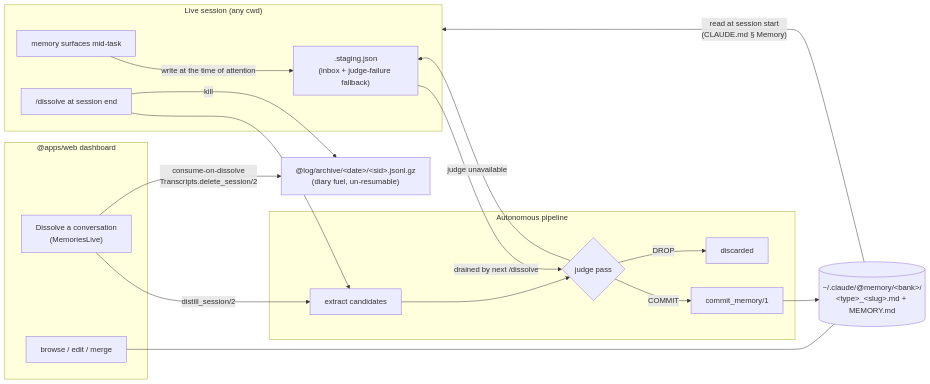
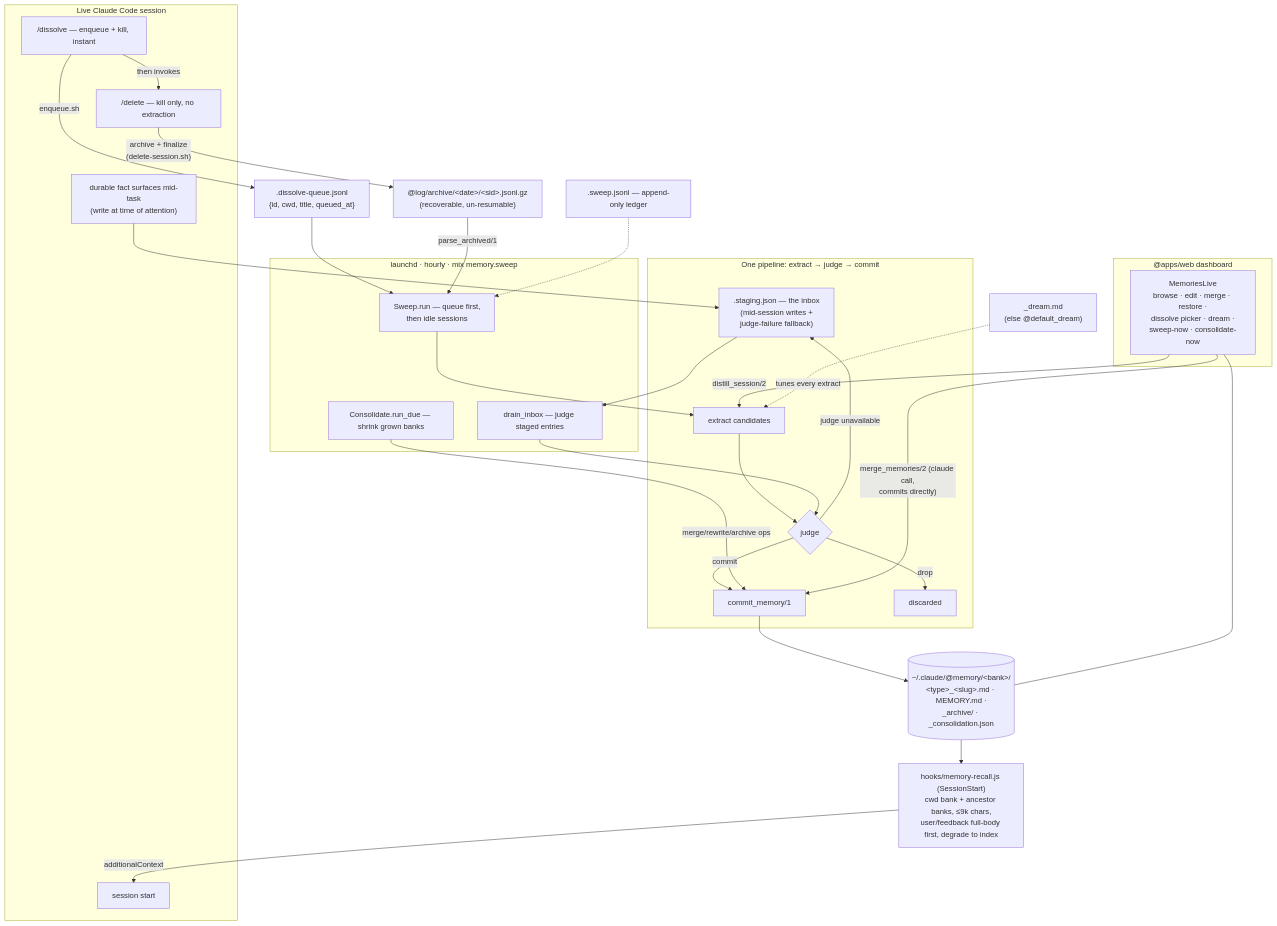
One commit to jgeschwendt/.claude changed the first of 8 diagrams in @apps/web/lib/core/memory.md. Above: the diagram before and after it, drawn with Mermaid. The commit also changed other lines of this file and 23 other files, not shown here.

````diff
--- a/@apps/web/lib/core/memory.md
+++ b/@apps/web/lib/core/memory.md
@@ -11,32 +13,54 @@
 ```mermaid
-flowchart LR
-    subgraph session["Live session (any cwd)"]
-        A[memory surfaces mid-task] -->|write at the time of attention| STG
-        K["/dissolve at session end"]
+flowchart TB
+    subgraph session["Live Claude Code session"]
+        SS[session start]
+        MID["durable fact surfaces mid-task<br/>(write at time of attention)"]
+        DIS["/dissolve — enqueue + kill, instant"]
+        DEL["/delete — kill only, no extraction"]
     end
 
-    subgraph web["@apps/web dashboard"]
-        UI["Dissolve a conversation<br/>(MemoriesLive)"]
-        VIEW["browse / edit / merge"]
-    end
+    HOOK["hooks/memory-recall.js (SessionStart)<br/>cwd bank + ancestor banks, ≤9k chars,<br/>user/feedback full-body first, degrade to index"]
+    HOOK -->|additionalContext| SS
 
-    STG[".staging.json<br/>(inbox + judge-failure fallback)"]
+    STG[".staging.json — the inbox<br/>(mid-session writes +<br/>judge-failure fallback)"]
+    MID --> STG
 
-    subgraph pipe["Autonomous pipeline"]
-        X[extract candidates] --> J{judge pass}
-        J -->|COMMIT| C["commit_memory/1"]
-        J -->|DROP| D[discarded]
+    Q[".dissolve-queue.jsonl<br/>{id, cwd, title, queued_at}"]
+    DIS -->|enqueue.sh| Q
+    DIS -->|then invokes| DEL
+    DEL -->|"archive + finalize<br/>(delete-session.sh)"| ARC["@log/archive/&lt;date&gt;/&lt;sid&gt;.jsonl.gz<br/>(recoverable, un-resumable)"]
+
+    subgraph pipeline["One pipeline: extract → judge → commit"]
+        X[extract candidates]
+        J{judge}
+        C["commit_memory/1"]
+        X --> J
+        J -->|commit| C
+        J -->|drop| DROP[discarded]
         J -->|judge unavailable| STG
     end
 
-    K --> X
+    subgraph sweep["launchd · hourly · mix memory.sweep"]
+        SW["Sweep.run — queue first,<br/>then idle sessions"]
+        DR["drain_inbox — judge staged entries"]
+        CO["Consolidate.run_due — shrink grown banks"]
+    end
+    Q --> SW
+    ARC -->|"parse_archived/1"| SW
+    SW --> X
+    STG --> DR --> J
+    CO -->|"merge/rewrite/archive ops"| C
+
+    subgraph web["@apps/web dashboard"]
+        UI["MemoriesLive<br/>browse · edit · merge · restore ·<br/>dissolve picker · dream ·<br/>sweep-now · consolidate-now"]
+    end
     UI -->|"distill_session/2"| X
-    STG -->|"drained by next /dissolve"| J
+    UI -->|"merge_memories/2 (claude call,<br/>commits directly)"| C
 
-    C --> BANK[("~/.claude/@memory/&lt;bank&gt;/<br/>&lt;type&gt;_&lt;slug&gt;.md + MEMORY.md")]
-    VIEW --- BANK
-    BANK -->|"read at session start<br/>(CLAUDE.md § Memory)"| session
+    C --> BANK[("~/.claude/@memory/&lt;bank&gt;/<br/>&lt;type&gt;_&lt;slug&gt;.md · MEMORY.md ·<br/>_archive/ · _consolidation.json")]
+    BANK --> HOOK
+    UI --- BANK
 
-    K -->|kill| ARC["@log/archive/&lt;date&gt;/&lt;sid&gt;.jsonl.gz<br/>(diary fuel, un-resumable)"]
-    UI -->|"consume-on-dissolve<br/>Transcripts.delete_session/2"| ARC
+    DREAM["_dream.md<br/>(else @default_dream)"] -.->|tunes every extract| X
+    LEDGER[".sweep.jsonl — append-only ledger"] -.-> SW
 ```
````
